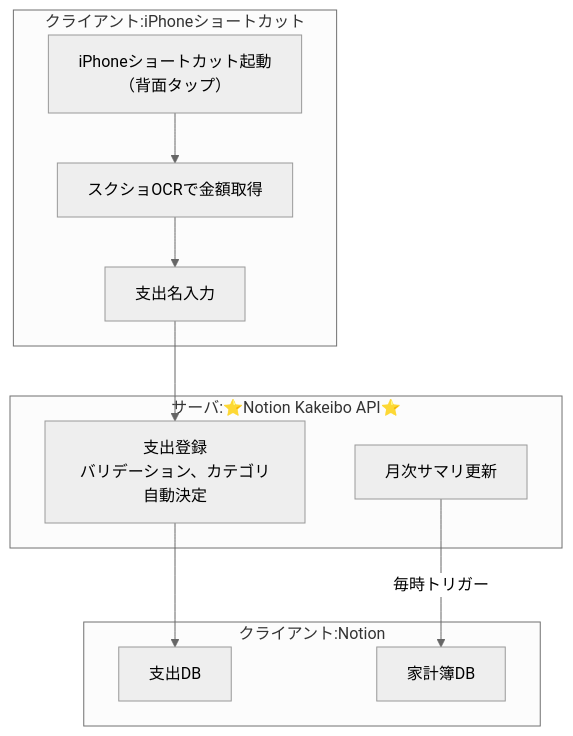
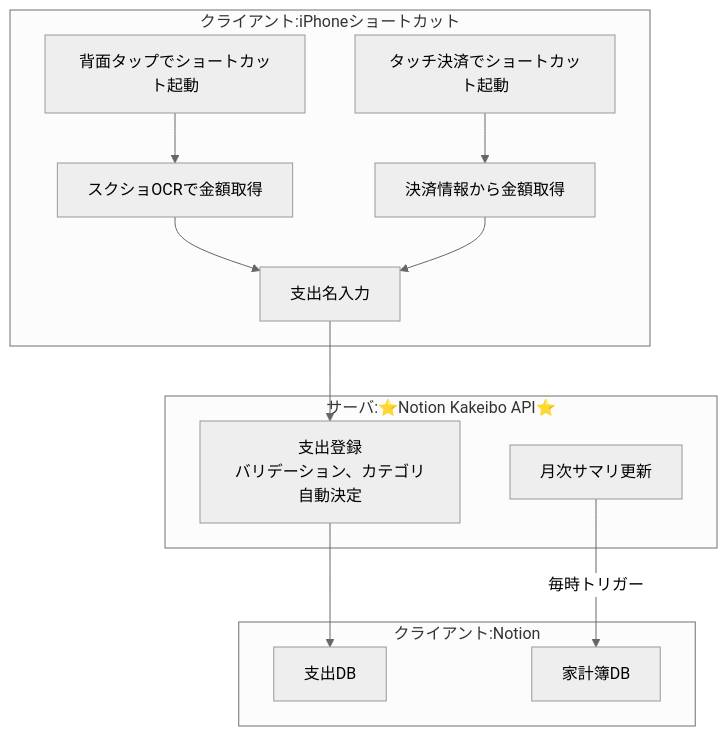
The diagram in README.md (makim0939/notion-kakeibo-api), drawn with Mermaid (neutral theme) before and after one commit.

Commit message:
docs: Readmeのフロチャにタッチ決済からの入り口を追記

````diff
--- a/README.md
+++ b/README.md
@@ -14,26 +14,30 @@
 ```mermaid
 graph TD;
 
 subgraph client[クライアント:iPhoneショートカット]
-  runShortcut[iPhoneショートカット起動\n（背面タップ）] 
-  getAmount[スクショOCRで金額取得]
-  enterInfo["支出名入力"] 
+  runShortcutTap[背面タップでショートカット起動] 
+  runShortcutNfc[タッチ決済でショートカット起動]
+  getAmountByCapture[スクショOCRで金額取得]
+  getAmountByTransaction[決済情報から金額取得]
+  enterInfo[支出名入力] 
 end
 
 subgraph server[サーバ:⭐️Notion Kakeibo API⭐️]
   newExpense[支出登録\nバリデーション、カテゴリ自動決定]
   updateSummary[月次サマリ更新]
 end
 
 subgraph notion[クライアント:Notion]
   ExpenseDB[支出DB]
   KakeiboDB[家計簿DB]
 end
 
-runShortcut --> getAmount
-getAmount　--> enterInfo
+runShortcutTap --> getAmountByCapture
+runShortcutNfc　--> getAmountByTransaction
+getAmountByCapture--> enterInfo
+getAmountByTransaction --> enterInfo
 enterInfo --> newExpense
 newExpense --> ExpenseDB
 updateSummary -- 毎時トリガー --> KakeiboDB
 
 ```
````
